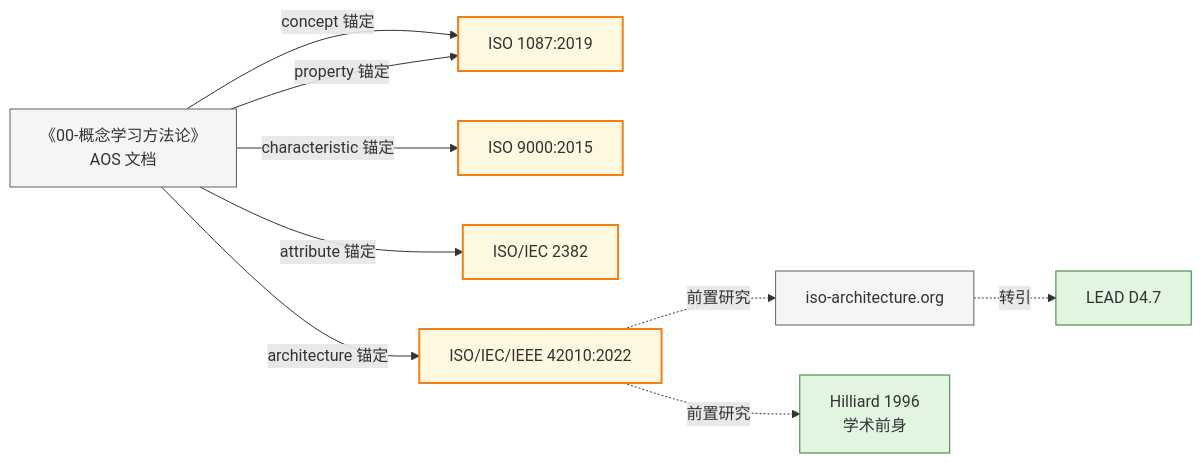
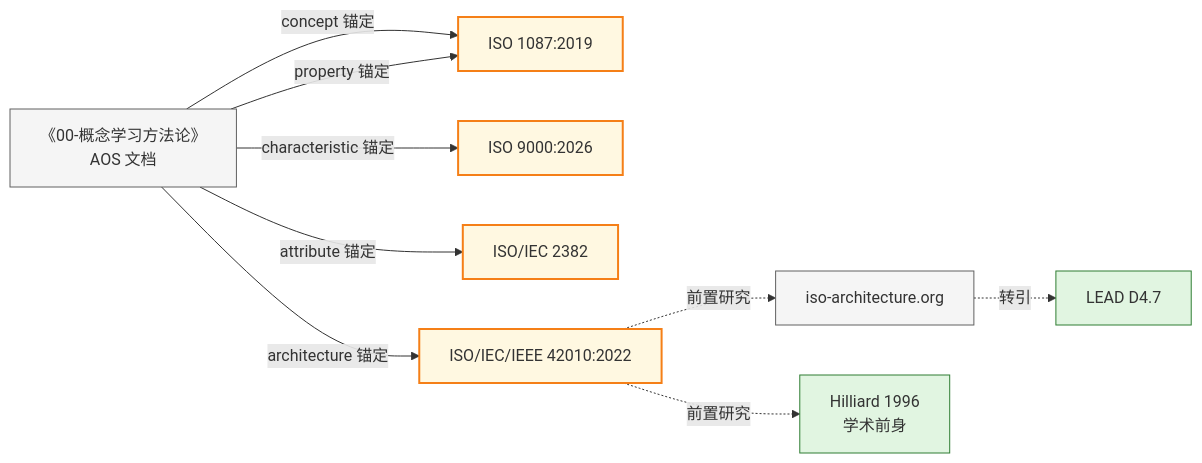
Before and after one commit to Yongjunzhou/AOS-system-design: the second of 17 diagrams in 100-subprojects/01-系统工程研究/00-系统工程相关研究报告/22-架构、概念、属性研究报告—术语权威定义与对照分析.md, drawn with Mermaid. The commit also changed other lines of this file and 38 other files, not shown here.

````diff
--- a/100-subprojects/01-系统工程研究/00-系统工程相关研究报告/22-架构、概念、属性研究报告—术语权威定义与对照分析.md
+++ b/100-subprojects/01-系统工程研究/00-系统工程相关研究报告/22-架构、概念、属性研究报告—术语权威定义与对照分析.md
@@ -147,28 +167,28 @@
 ```mermaid
 flowchart LR
     USER["《00-概念学习方法论》<br/>AOS 文档"]
     ISO1087[ISO 1087:2019]
-    ISO9000[ISO 9000:2015]
+    ISO9000[ISO 9000:2026]
     ISO2382[ISO/IEC 2382]
     IEEE42010[ISO/IEC/IEEE 42010:2022]
     LEAD["LEAD D4.7"]
     ISOA["iso-architecture.org"]
     HILL["Hilliard 1996<br/>学术前身"]
 
     USER -->|"concept 锚定"| ISO1087
     USER -->|"property 锚定"| ISO1087
     USER -->|"characteristic 锚定"| ISO9000
     USER -->|"attribute 锚定"| ISO2382
     USER -->|"architecture 锚定"| IEEE42010
 
     IEEE42010 -.前置研究.-> HILL
     IEEE42010 -.前置研究.-> ISOA
     ISOA -.转引.-> LEAD
 
     classDef anchor fill:#fff8e1,stroke:#f57f17,stroke-width:2px
     classDef sub fill:#e1f5e1,stroke:#2e7d32
     classDef inf fill:#f5f5f5,stroke:#616161
     class ISO1087,ISO9000,ISO2382,IEEE42010 anchor
     class HILL,LEAD sub
     class ISOA,USER inf
 ```
````
